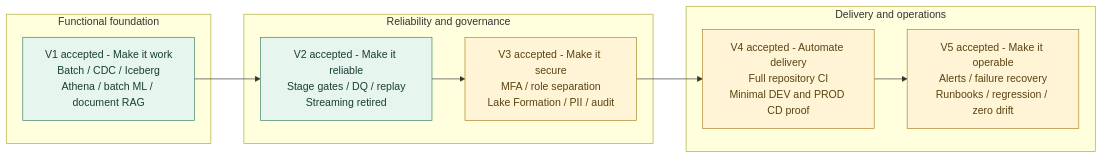
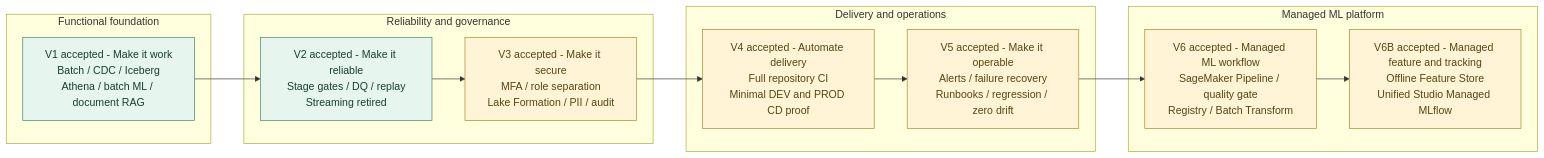
One commit to qcc91/AWS-PIPELINE-AI changed the diagram in docs/architecture/evolution.md. Above: the diagram before and after it, drawn with Mermaid. The commit also changed other lines of this file and 11 other files, not shown here.

Commit message:
docs: finalize V6 managed ML platform (#11)

````diff
--- a/docs/architecture/evolution.md
+++ b/docs/architecture/evolution.md
@@ -5,19 +5,23 @@
 ```mermaid
 flowchart LR
   subgraph build[Functional foundation]
     V1[V1 accepted - Make it work<br/>Batch / CDC / Iceberg<br/>Athena / batch ML / document RAG]
   end
   subgraph harden[Reliability and governance]
     V2[V2 accepted - Make it reliable<br/>Stage gates / DQ / replay<br/>Streaming retired]
     V3[V3 accepted - Make it secure<br/>MFA / role separation<br/>Lake Formation / PII / audit]
   end
   subgraph deliver[Delivery and operations]
     V4[V4 accepted - Automate delivery<br/>Full repository CI<br/>Minimal DEV and PROD CD proof]
     V5[V5 accepted - Make it operable<br/>Alerts / failure recovery<br/>Runbooks / regression / zero drift]
   end
-  V1 --> V2 --> V3 --> V4 --> V5
+  subgraph mlplatform[Managed ML platform]
+    V6[V6 accepted - Managed ML workflow<br/>SageMaker Pipeline / quality gate<br/>Registry / Batch Transform]
+    V6B[V6B accepted - Managed feature and tracking<br/>Offline Feature Store<br/>Unified Studio Managed MLflow]
+  end
+  V1 --> V2 --> V3 --> V4 --> V5 --> V6 --> V6B
   classDef process fill:#e7f5ef,stroke:#398268,color:#173f32;
   classDef control fill:#fff4d6,stroke:#ab8124,color:#594410;
   class V1,V2 process;
-  class V3,V4,V5 control;
+  class V3,V4,V5,V6,V6B control;
 ```
````
